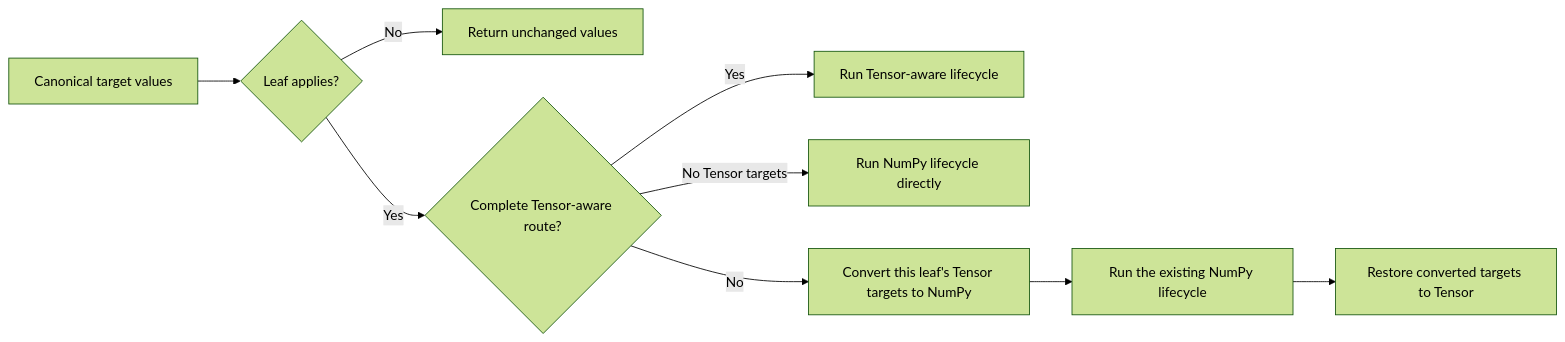
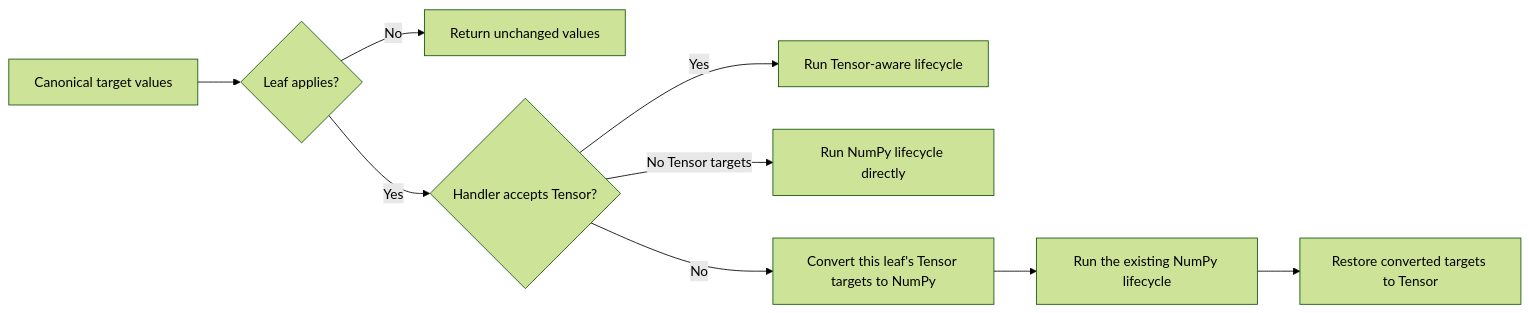
The diagram in docs/design/numpy-tensor-routing.md (albumentations-team/AlbumentationsX), drawn with Mermaid (forest theme) before and after one commit. The commit also changed other lines of this file and 10 other files, not shown here.

Commit message:
refactor(core): infer Tensor routes from handler types

````diff
--- a/docs/design/numpy-tensor-routing.md
+++ b/docs/design/numpy-tensor-routing.md
@@ -117,11 +117,11 @@
 ```mermaid
 flowchart LR
     I["Canonical target values"] --> P{"Leaf applies?"}
     P -->|"No"| ID["Return unchanged values"]
-    P -->|"Yes"| R{"Complete Tensor-aware route?"}
+    P -->|"Yes"| R{"Handler accepts Tensor?"}
     R -->|"Yes"| T["Run Tensor-aware lifecycle"]
     R -->|"No Tensor targets"| N["Run NumPy lifecycle directly"]
     R -->|"No"| B1["Convert this leaf's Tensor targets to NumPy"]
     B1 --> OLD["Run the existing NumPy lifecycle"]
     OLD --> B2["Restore converted targets to Tensor"]
 ```
````
